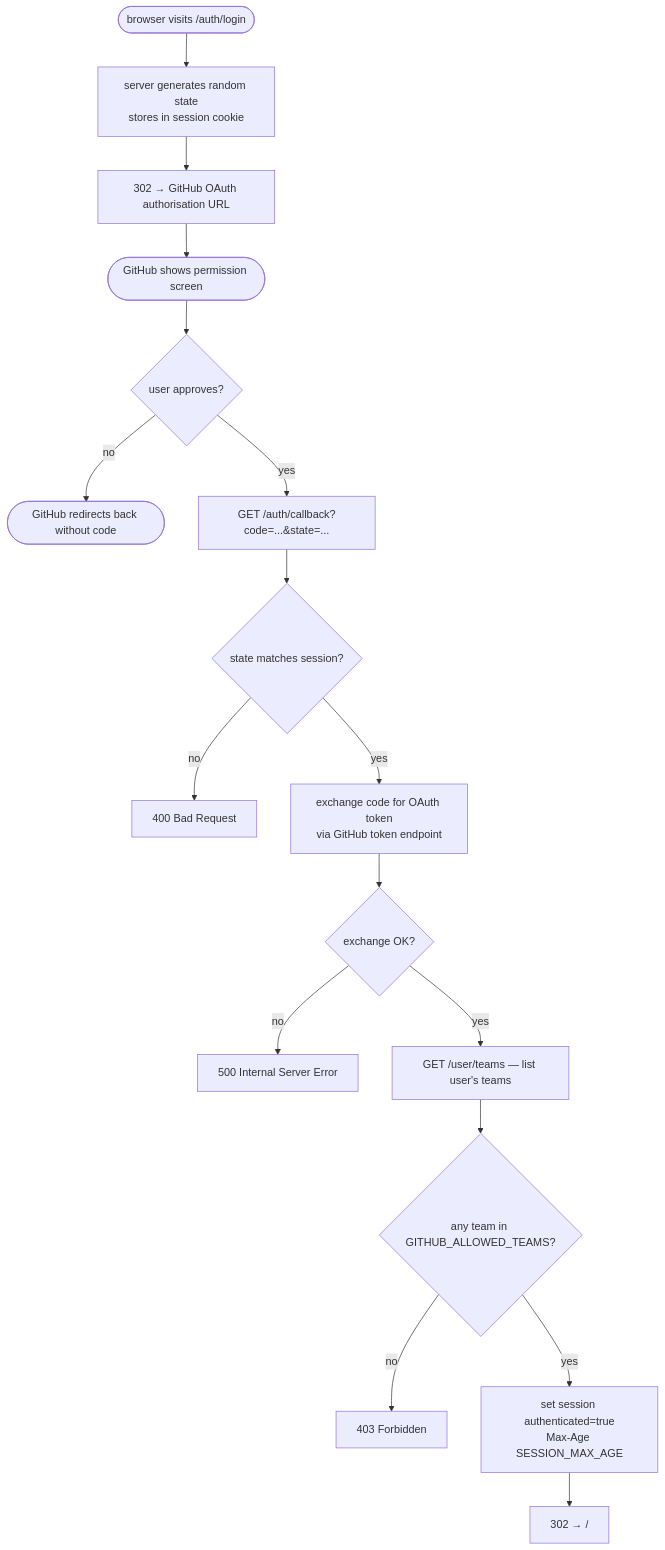
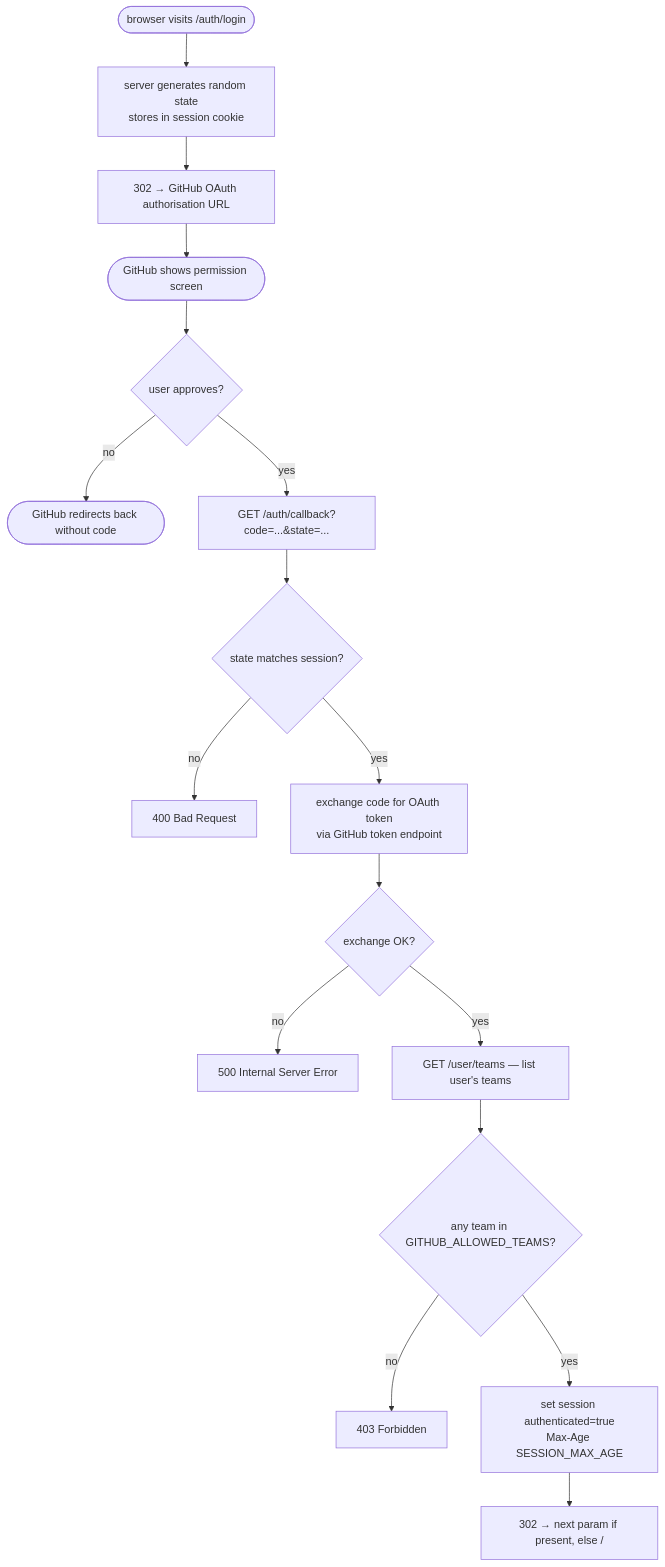
One commit to line-age/georef changed the first of 6 diagrams in docs/flows.md. Above: the diagram before and after it, drawn with Mermaid. The commit also changed other lines of this file and 3 other files, not shown here.

First line of the commit message:
docs: sync auth.md, flows.md, iiif-serving.md with implementation; add test plan

````diff
--- a/docs/flows.md
+++ b/docs/flows.md
@@ -14,19 +14,19 @@
 ```mermaid
 flowchart TD
     A([browser visits /auth/login]) --> B[server generates random state\nstores in session cookie]
     B --> C[302 → GitHub OAuth authorisation URL]
     C --> D([GitHub shows permission screen])
     D --> E{user approves?}
     E -->|no| F([GitHub redirects back without code])
     E -->|yes| G[GET /auth/callback?code=...&state=...]
     G --> H{state matches session?}
     H -->|no| I[400 Bad Request]
     H -->|yes| J[exchange code for OAuth token\nvia GitHub token endpoint]
     J --> K{exchange OK?}
     K -->|no| L[500 Internal Server Error]
     K -->|yes| M[GET /user/teams — list user's teams]
     M --> N{any team in GITHUB_ALLOWED_TEAMS?}
     N -->|no| O[403 Forbidden]
     N -->|yes| P[set session authenticated=true\nMax-Age SESSION_MAX_AGE]
-    P --> Q[302 → /]
+    P --> Q["302 → next param if present, else /"]
 ```
````
